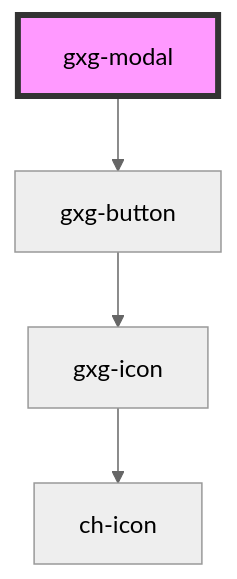
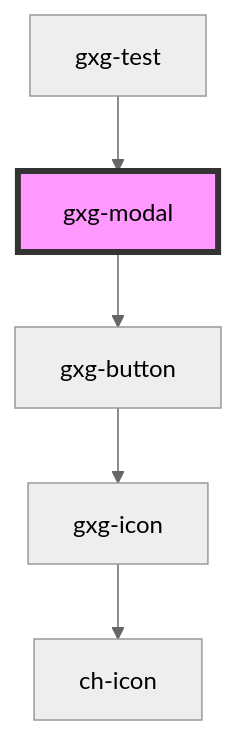
One commit to genexuslabs/gemini changed the diagram in src/components/modal/readme.md. Above: the diagram before and after it, drawn with Mermaid (neutral theme). The commit also changed other lines of this file and 7 other files, not shown here.

````diff
--- a/src/components/modal/readme.md
+++ b/src/components/modal/readme.md
@@ -30,7 +42,8 @@
 ```mermaid
 graph TD;
   gxg-modal --> gxg-button
   gxg-button --> gxg-icon
   gxg-icon --> ch-icon
+  gxg-test --> gxg-modal
   style gxg-modal fill:#f9f,stroke:#333,stroke-width:4px
 ```
````
